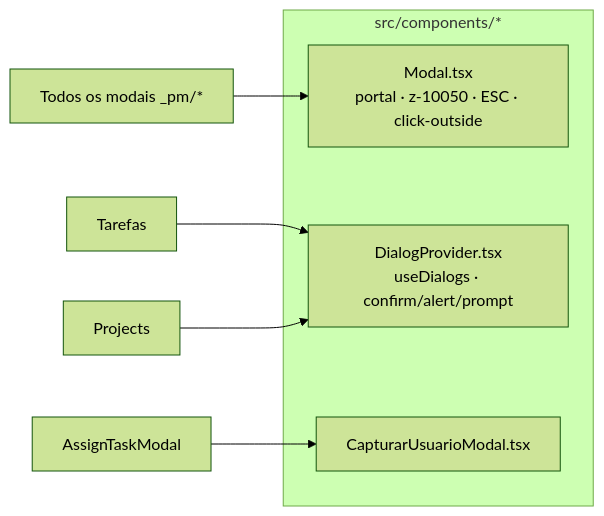
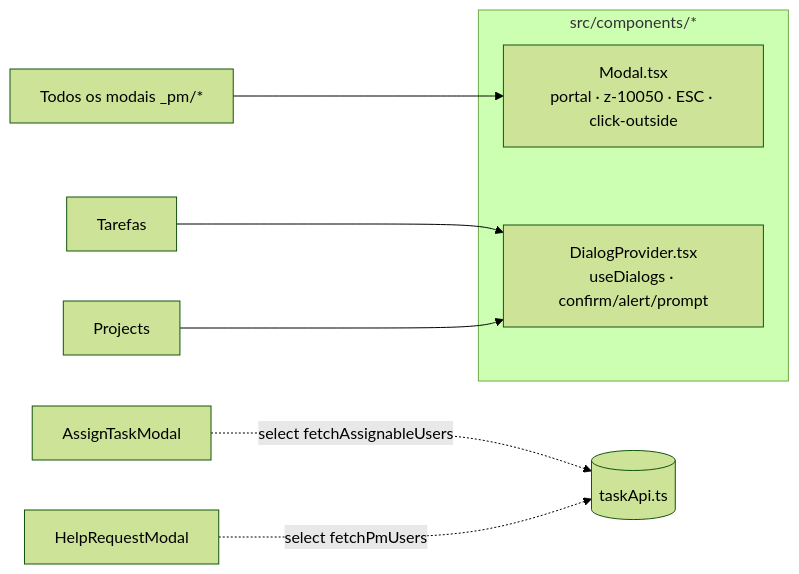
One commit to fercarvalho/impgeo changed the second of 2 diagrams in docs/16 - GERENCIAMENTO-BLUEPRINT/06-FRONTEND-COMPONENTES.md. Above: the diagram before and after it, drawn with Mermaid (forest theme). The commit also changed other lines of this file and 2 other files, not shown here.

````diff
--- a/docs/16 - GERENCIAMENTO-BLUEPRINT/06-FRONTEND-COMPONENTES.md
+++ b/docs/16 - GERENCIAMENTO-BLUEPRINT/06-FRONTEND-COMPONENTES.md
@@ -101,12 +101,12 @@
 ```mermaid
 flowchart LR
     subgraph compartilhados[src/components/*]
         Modal[Modal.tsx<br/>portal · z-10050 · ESC · click-outside]
         Dialog[DialogProvider.tsx<br/>useDialogs · confirm/alert/prompt]
-        Capt[CapturarUsuarioModal.tsx]
     end
     PMmodais[Todos os modais _pm/*] --> Modal
     Tarefas --> Dialog
     Projects --> Dialog
-    AssignTaskModal --> Capt
+    AssignTaskModal -. select fetchAssignableUsers .-> taskApi[(taskApi.ts)]
+    HelpRequestModal -. select fetchPmUsers .-> taskApi
 ```
````
